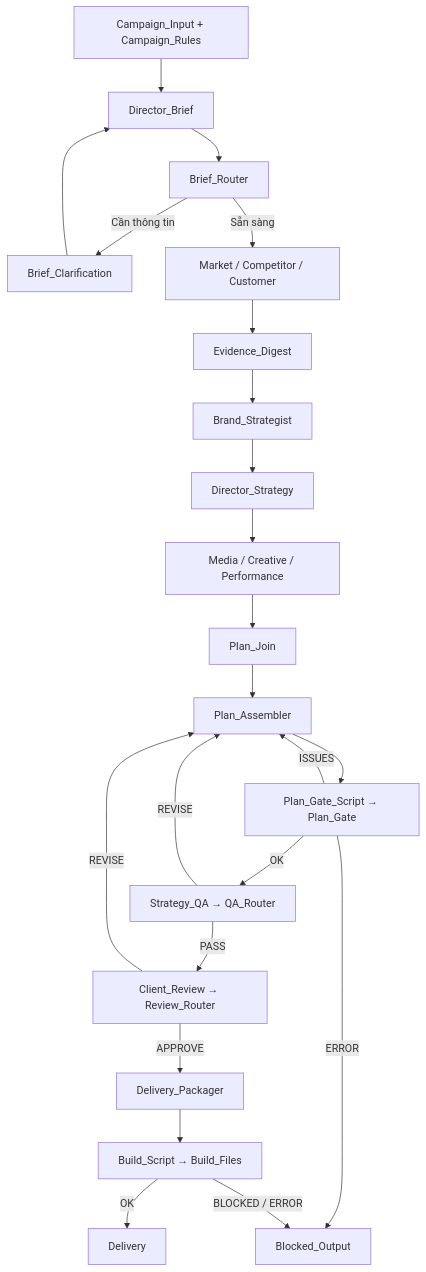
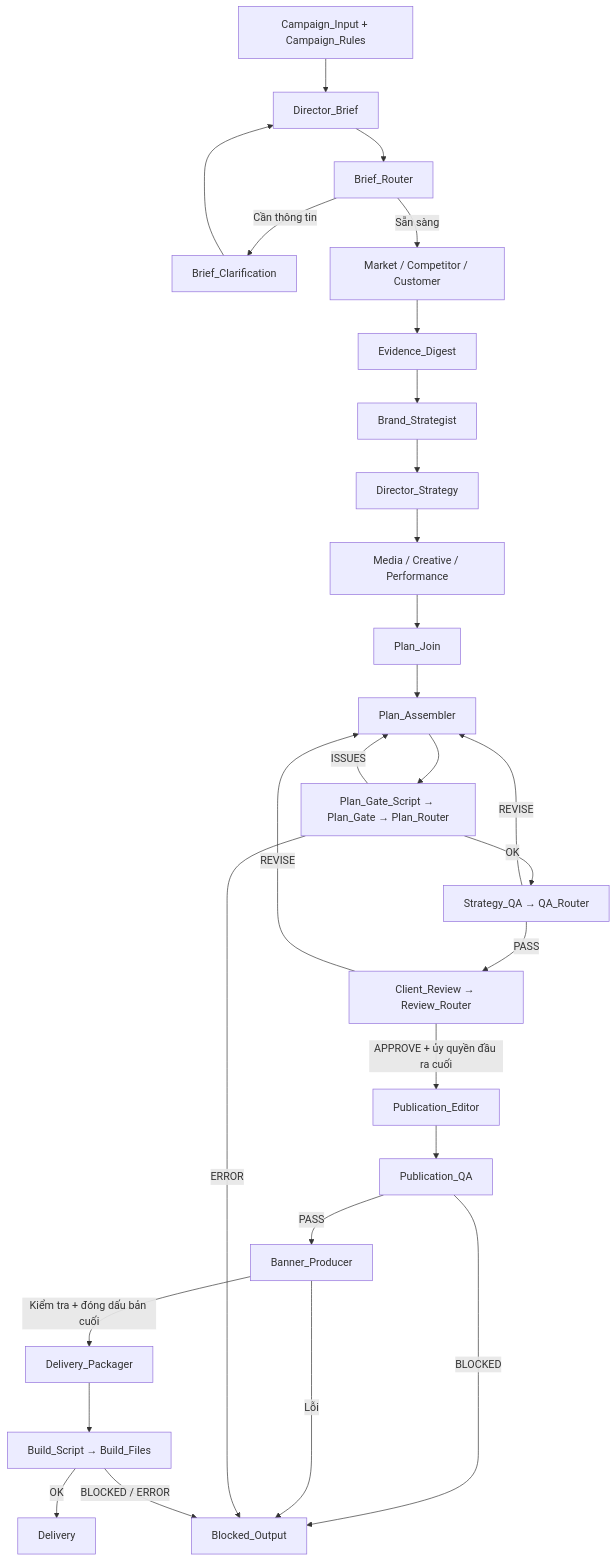
Before and after one commit to Trongpro296/multi-agent-ad-strategy: the diagram in ad_agency_v2_guide.md, drawn with Mermaid. The commit also changed other lines of this file and 98 other files, not shown here.

````diff
--- a/ad_agency_v2_guide.md
+++ b/ad_agency_v2_guide.md
@@ -355,25 +371,30 @@
 ```mermaid
 flowchart TD
     I[Campaign_Input + Campaign_Rules] --> B[Director_Brief]
     B --> BR[Brief_Router]
     BR -->|Cần thông tin| H[Brief_Clarification]
     H --> B
     BR -->|Sẵn sàng| R[Market / Competitor / Customer]
     R --> E[Evidence_Digest]
     E --> P[Brand_Strategist]
     P --> S[Director_Strategy]
     S --> M[Media / Creative / Performance]
     M --> J[Plan_Join]
     J --> A[Plan_Assembler]
-    A --> G[Plan_Gate_Script → Plan_Gate]
+    A --> G[Plan_Gate_Script → Plan_Gate → Plan_Router]
     G -->|OK| Q[Strategy_QA → QA_Router]
     G -->|ISSUES| A
     Q -->|PASS| C[Client_Review → Review_Router]
     Q -->|REVISE| A
     C -->|REVISE| A
-    C -->|APPROVE| D[Delivery_Packager]
+    C -->|APPROVE + ủy quyền đầu ra cuối| PE[Publication_Editor]
+    PE --> PQ[Publication_QA]
+    PQ -->|PASS| BP[Banner_Producer]
+    PQ -->|BLOCKED| X
+    BP -->|Kiểm tra + đóng dấu bản cuối| D[Delivery_Packager]
+    BP -->|Lỗi| X[Blocked_Output]
     D --> F[Build_Script → Build_Files]
     F -->|OK| O[Delivery]
     G -->|ERROR| X[Blocked_Output]
     F -->|BLOCKED / ERROR| X
 ```
````
